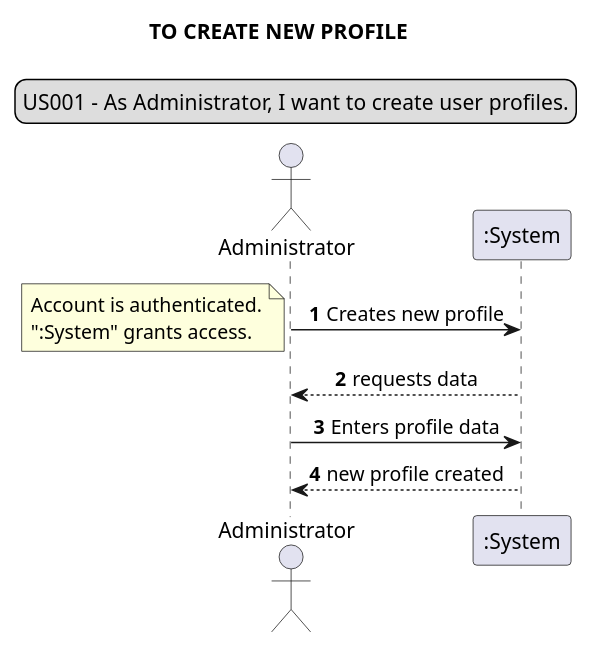
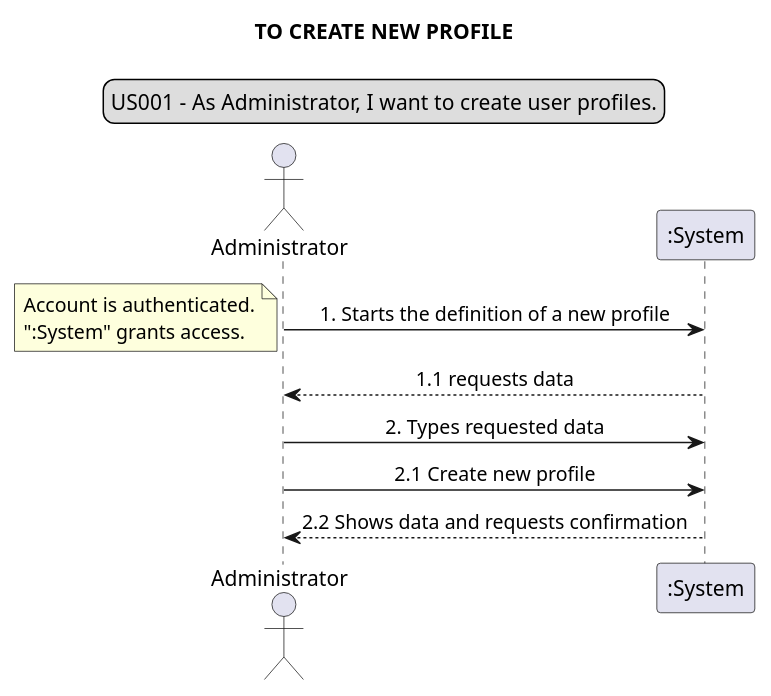
One commit to Loracline/project_switch_22-23 changed the first of 26 diagrams in docs/requirements_gathering/system_sequence_diagrams/System_Sequence_Diagram.puml. Above: the diagram before and after it, drawn with PlantUML.

Commit message:
US001: Design: Refinement of system sequence diagram for US001..

```diff
--- a/docs/requirements_gathering/system_sequence_diagrams/System_Sequence_Diagram.puml
+++ b/docs/requirements_gathering/system_sequence_diagrams/System_Sequence_Diagram.puml
@@ -1,17 +1,18 @@
 @startuml
 skinparam sequenceMessageAlign center
 title TO CREATE NEW PROFILE
 legend top
 US001 - As Administrator, I want to create user profiles.
 end legend
 actor Administrator
-autonumber
-Administrator  -> ":System": Creates new profile
+
+Administrator  -> ":System": 1. Starts the definition of a new profile
 note left
 Account is authenticated.
 ":System" grants access.
 end note
-":System" --> Administrator: requests data
-Administrator -> ":System": Enters profile data
-":System" --> Administrator: new profile created
+":System" --> Administrator: 1.1 requests data
+Administrator -> ":System": 2. Types requested data
+Administrator -> ":System": 2.1 Create new profile
+":System" --> Administrator: 2.2 Shows data and requests confirmation
 @enduml
```
